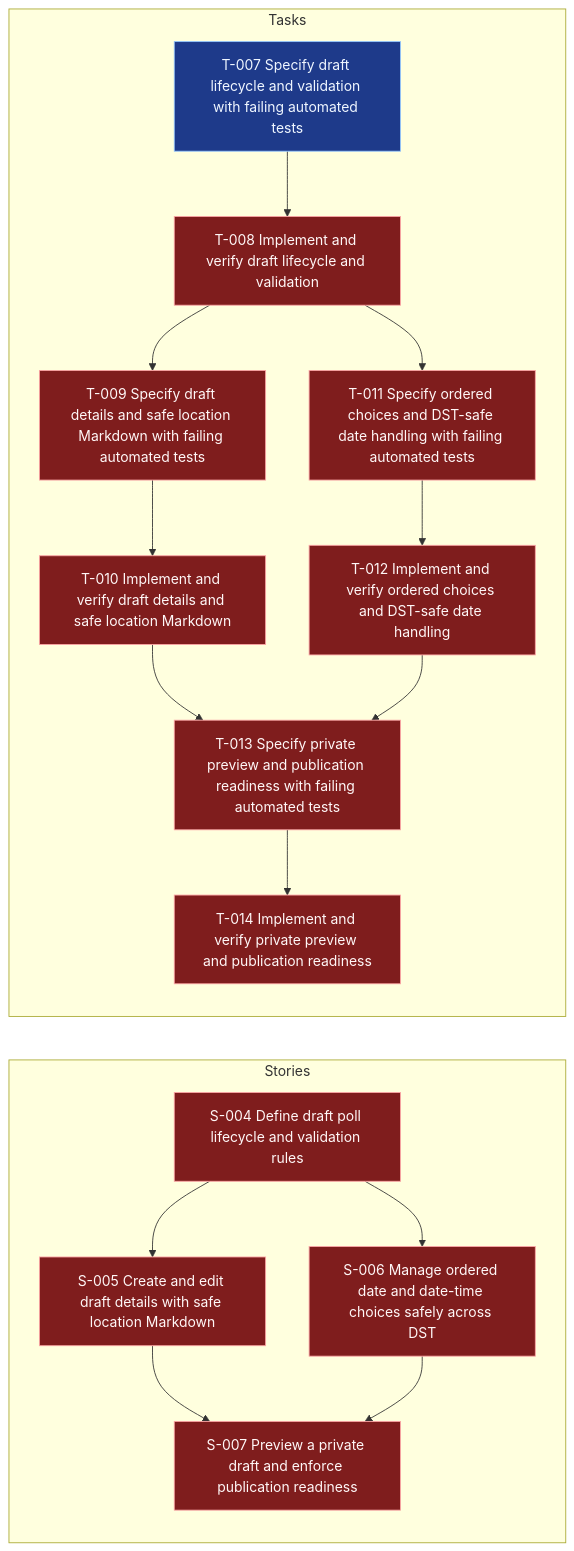
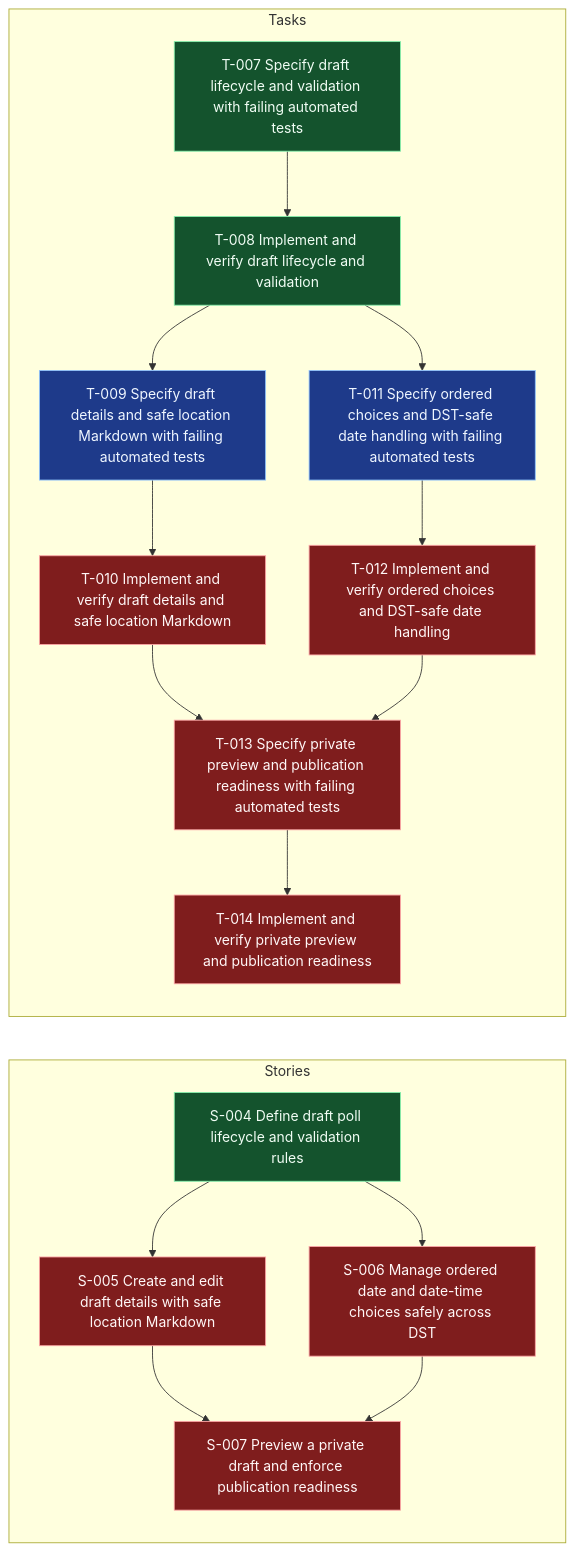
Before and after one commit to andybalham/invite-agent: the diagram in .worktracker/graphs/E-002.mmd, drawn with Mermaid. The commit also changed 13 other files, not shown here.

Commit message:
feat: Implement draft lifecycle and validation with comprehensive tests and updates to project structure

```diff
--- a/.worktracker/graphs/E-002.mmd
+++ b/.worktracker/graphs/E-002.mmd
@@ -1,46 +1,46 @@
 graph LR
   classDef done fill:#14532d,stroke:#86efac,color:#f0fdf4;
   classDef blocked fill:#7f1d1d,stroke:#fca5a5,color:#fff7f7;
   classDef inprogress fill:#78350f,stroke:#fbbf24,color:#fffbeb;
   classDef todo fill:#1e3a8a,stroke:#93c5fd,color:#eff6ff;
   classDef empty fill:#374151,stroke:#d1d5db,color:#f9fafb,stroke-dasharray: 3 3;
   subgraph Stories
-    S004["S-004 Define draft poll lifecycle and validation rules"]:::blocked
+    S004["S-004 Define draft poll lifecycle and validation rules"]:::done
     S005["S-005 Create and edit draft details with safe location Markdown"]:::blocked
     S006["S-006 Manage ordered date and date-time choices safely across DST"]:::blocked
     S007["S-007 Preview a private draft and enforce publication readiness"]:::blocked
     S004 --> S005
     S004 --> S006
     S005 --> S007
     S006 --> S007
   end
   subgraph Tasks
-    T007["T-007 Specify draft lifecycle and validation with failing automated tests"]:::todo
-    T008["T-008 Implement and verify draft lifecycle and validation"]:::blocked
-    T009["T-009 Specify draft details and safe location Markdown with failing automated tests"]:::blocked
+    T007["T-007 Specify draft lifecycle and validation with failing automated tests"]:::done
+    T008["T-008 Implement and verify draft lifecycle and validation"]:::done
+    T009["T-009 Specify draft details and safe location Markdown with failing automated tests"]:::todo
     T010["T-010 Implement and verify draft details and safe location Markdown"]:::blocked
-    T011["T-011 Specify ordered choices and DST-safe date handling with failing automated tests"]:::blocked
+    T011["T-011 Specify ordered choices and DST-safe date handling with failing automated tests"]:::todo
     T012["T-012 Implement and verify ordered choices and DST-safe date handling"]:::blocked
     T013["T-013 Specify private preview and publication readiness with failing automated tests"]:::blocked
     T014["T-014 Implement and verify private preview and publication readiness"]:::blocked
     T007 --> T008
     T008 --> T009
     T008 --> T011
     T009 --> T010
     T010 --> T013
     T011 --> T012
     T012 --> T013
     T013 --> T014
   end
   click S004 "../entities/S-004-define-draft-poll-lifecycle-and-validation-rules.md"
   click S005 "../entities/S-005-create-and-edit-draft-details-with-safe-location-markdown.md"
   click S006 "../entities/S-006-manage-ordered-date-and-date-time-choices-safely-across-dst.md"
   click S007 "../entities/S-007-preview-a-private-draft-and-enforce-publication-readiness.md"
   click T007 "../entities/T-007-specify-draft-lifecycle-and-validation-with-failing-automated-tests.md"
   click T008 "../entities/T-008-implement-and-verify-draft-lifecycle-and-validation.md"
   click T009 "../entities/T-009-specify-draft-details-and-safe-location-markdown-with-failing-automated-tests.md"
   click T010 "../entities/T-010-implement-and-verify-draft-details-and-safe-location-markdown.md"
   click T011 "../entities/T-011-specify-ordered-choices-and-dst-safe-date-handling-with-failing-automated-tests.md"
   click T012 "../entities/T-012-implement-and-verify-ordered-choices-and-dst-safe-date-handling.md"
   click T013 "../entities/T-013-specify-private-preview-and-publication-readiness-with-failing-automated-tests.md"
   click T014 "../entities/T-014-implement-and-verify-private-preview-and-publication-readiness.md"
```
